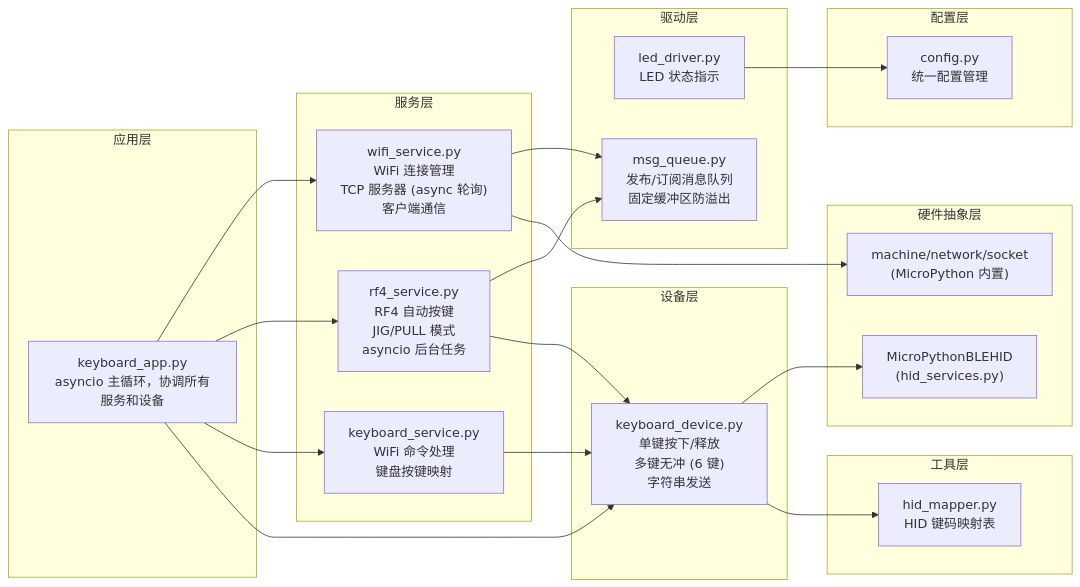
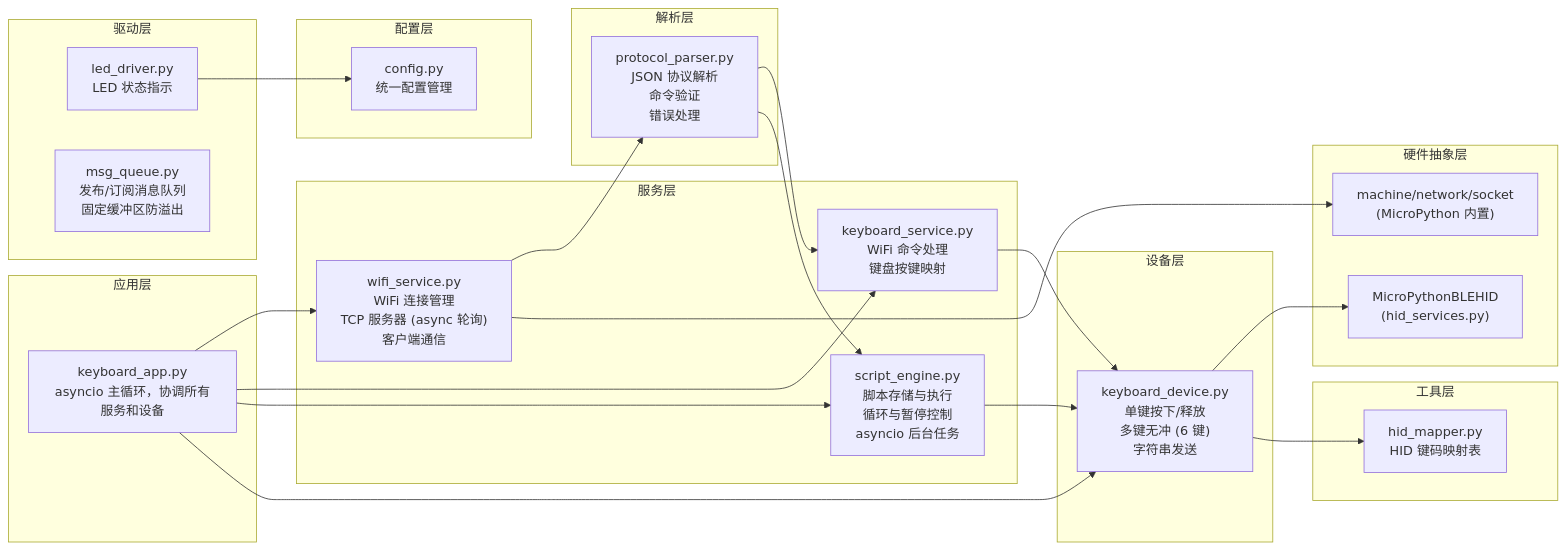
One commit to Ts-sound/esp32-python-keyboard changed the first of 6 diagrams in docs/design/README.md. Above: the diagram before and after it, drawn with Mermaid. The commit also changed other lines of this file and 2 other files, not shown here.

Commit message:
docs: update design docs to reflect new architecture (Task 10)

````diff
--- a/docs/design/README.md
+++ b/docs/design/README.md
@@ -9,47 +9,52 @@
 ```mermaid
 flowchart LR
     subgraph App["应用层"]
         KA["keyboard_app.py<br/>asyncio 主循环，协调所有服务和设备"]
     end
     
     subgraph Services["服务层"]
         WS["wifi_service.py<br/>WiFi 连接管理<br/>TCP 服务器 (async 轮询)<br/>客户端通信"]
-        RS["rf4_service.py<br/>RF4 自动按键<br/>JIG/PULL 模式<br/>asyncio 后台任务"]
         KS["keyboard_service.py<br/>WiFi 命令处理<br/>键盘按键映射"]
+        SE["script_engine.py<br/>脚本存储与执行<br/>循环与暂停控制<br/>asyncio 后台任务"]
+    end
+    
+    subgraph Parsers["解析层"]
+        PP["protocol_parser.py<br/>JSON 协议解析<br/>命令验证<br/>错误处理"]
     end
     
     subgraph Devices["设备层"]
         KD["keyboard_device.py<br/>单键按下/释放<br/>多键无冲 (6 键)<br/>字符串发送"]
     end
     
     subgraph Drivers["驱动层"]
         LD["led_driver.py<br/>LED 状态指示"]
         MQ["msg_queue.py<br/>发布/订阅消息队列<br/>固定缓冲区防溢出"]
     end
     
     subgraph Config["配置层"]
         CFG["config.py<br/>统一配置管理"]
     end
     
     subgraph Utils["工具层"]
         HM["hid_mapper.py<br/>HID 键码映射表"]
     end
     
     subgraph Hardware["硬件抽象层"]
         MPH["MicroPythonBLEHID<br/>(hid_services.py)"]
         NATIVE["machine/network/socket<br/>(MicroPython 内置)"]
     end
     
     KA --> WS
-    KA --> RS
     KA --> KS
-    WS --> MQ
-    RS --> MQ
-    RS --> KD
+    KA --> SE
+    WS --> PP
+    PP --> KS
+    PP --> SE
     KS --> KD
+    SE --> KD
     KA --> KD
     KD --> MPH
     WS --> NATIVE
     KD --> HM
     LD --> CFG
 ```
````
